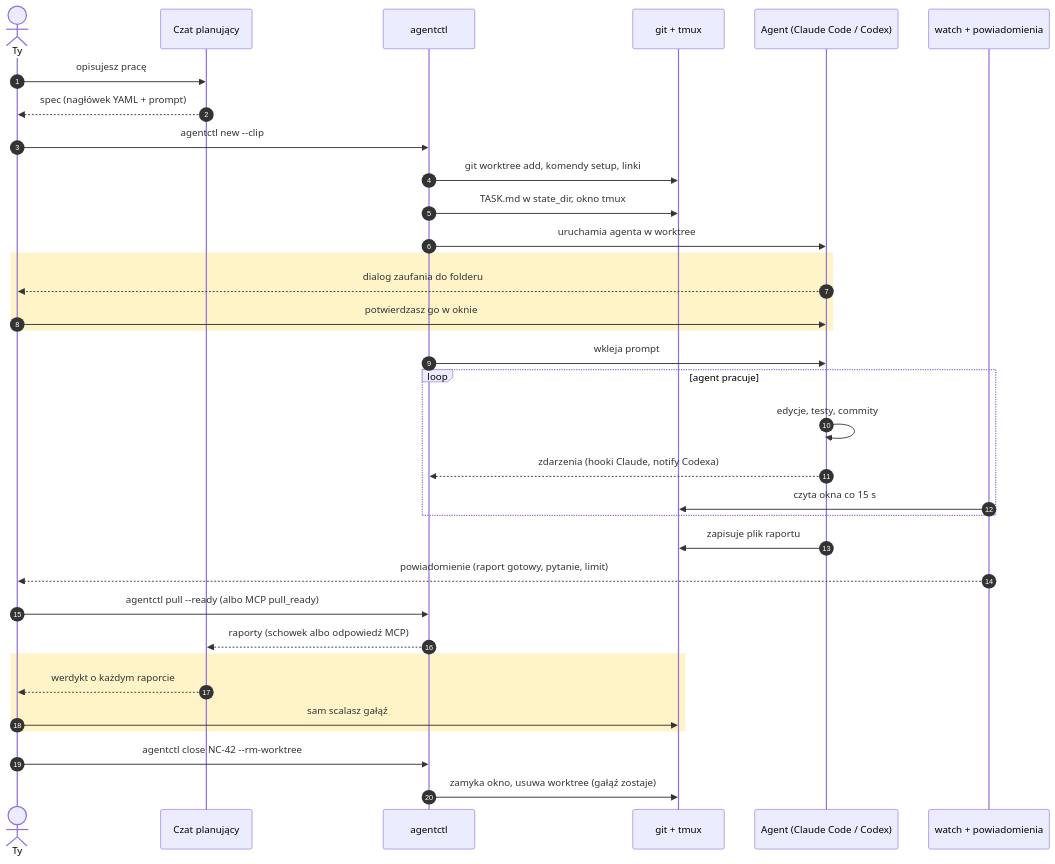
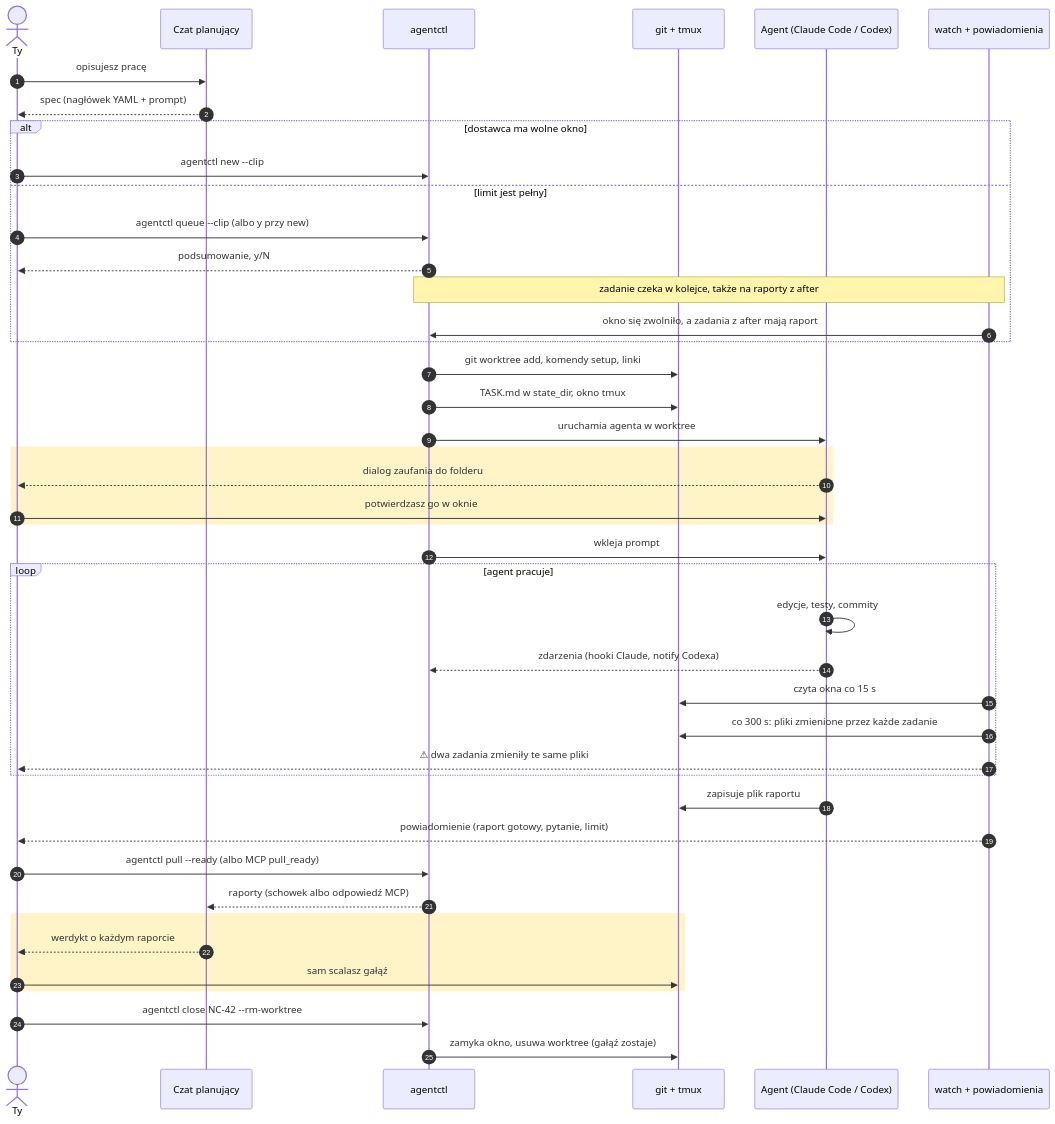
One commit to Setech-pl/agentctl changed the first of 3 diagrams in README.pl.md. Above: the diagram before and after it, drawn with Mermaid. The commit also changed other lines of this file and 7 other files, not shown here.

Commit message:
Documentation for 0.9.0: Queue, Dependencies and Collisions in both READMEs, details, configuration and MCP docs, diagrams with the queue, CHANGELOG, version 0.9.0

````diff
--- a/README.pl.md
+++ b/README.pl.md
@@ -26,37 +27,46 @@
 ```mermaid
 sequenceDiagram
     autonumber
     actor H as Ty
     participant C as Czat planujący
     participant A as agentctl
     participant G as git + tmux
     participant X as Agent (Claude Code / Codex)
     participant W as watch + powiadomienia
 
     H->>C: opisujesz pracę
     C-->>H: spec (nagłówek YAML + prompt)
-    H->>A: agentctl new --clip
+    alt dostawca ma wolne okno
+        H->>A: agentctl new --clip
+    else limit jest pełny
+        H->>A: agentctl queue --clip (albo y przy new)
+        A-->>H: podsumowanie, y/N
+        Note over A,W: zadanie czeka w kolejce, także na raporty z after
+        W->>A: okno się zwolniło, a zadania z after mają raport
+    end
     A->>G: git worktree add, komendy setup, linki
     A->>G: TASK.md w state_dir, okno tmux
     A->>X: uruchamia agenta w worktree
     rect rgb(255, 244, 200)
     X-->>H: dialog zaufania do folderu
     H->>X: potwierdzasz go w oknie
     end
     A->>X: wkleja prompt
     loop agent pracuje
         X->>X: edycje, testy, commity
         X-->>A: zdarzenia (hooki Claude, notify Codexa)
         W->>G: czyta okna co 15 s
+        W->>G: co 300 s: pliki zmienione przez każde zadanie
+        W-->>H: ⚠ dwa zadania zmieniły te same pliki
     end
     X->>G: zapisuje plik raportu
     W-->>H: powiadomienie (raport gotowy, pytanie, limit)
     H->>A: agentctl pull --ready (albo MCP pull_ready)
     A-->>C: raporty (schowek albo odpowiedź MCP)
     rect rgb(255, 244, 200)
     C-->>H: werdykt o każdym raporcie
     H->>G: sam scalasz gałąź
     end
     H->>A: agentctl close NC-42 --rm-worktree
     A->>G: zamyka okno, usuwa worktree (gałąź zostaje)
 ```
````
